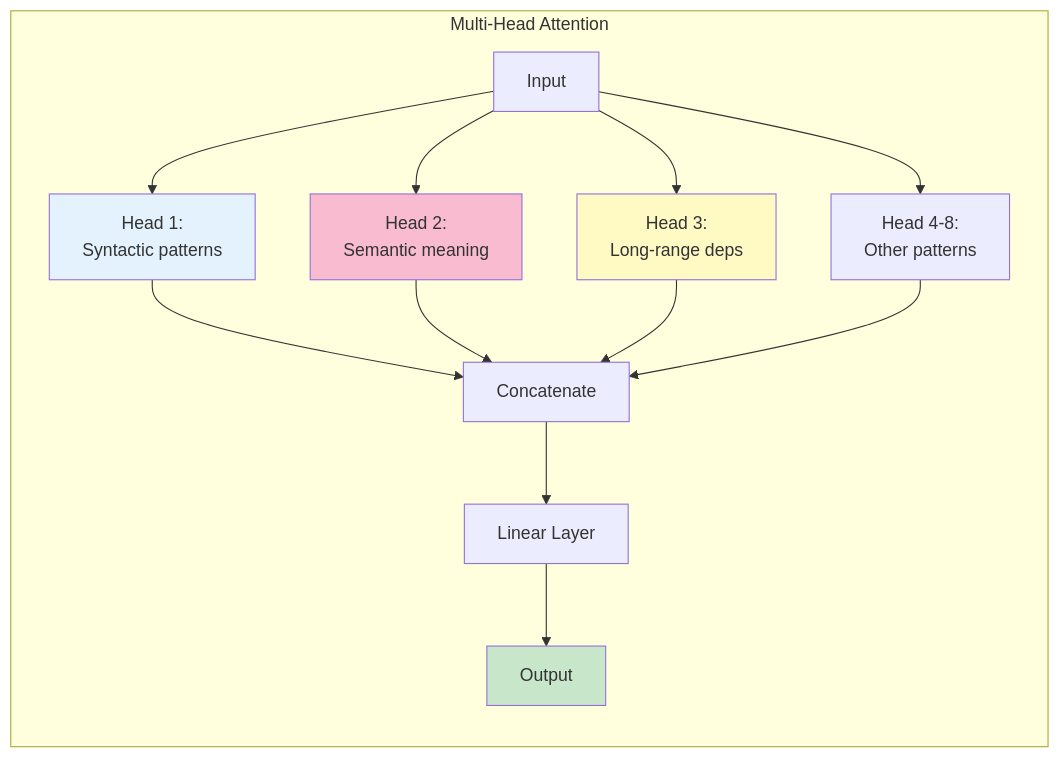
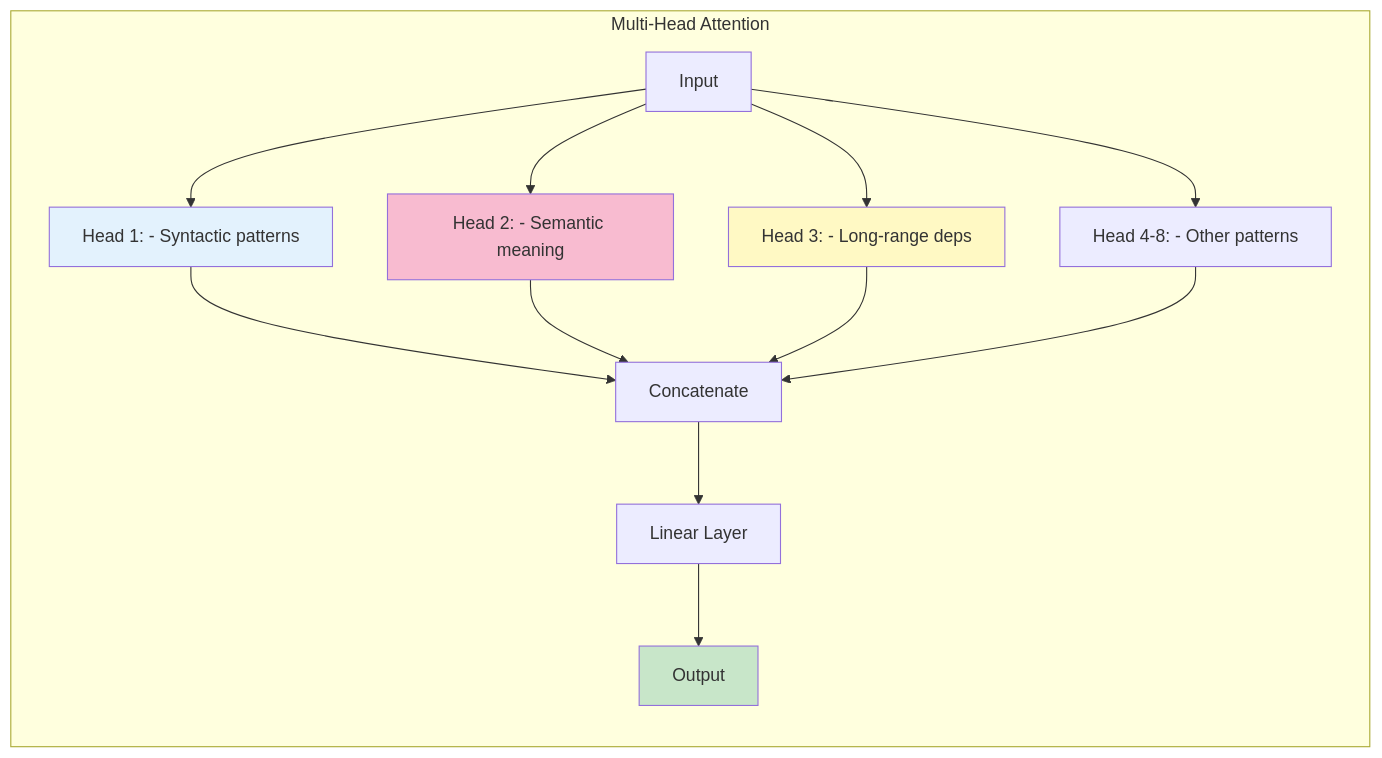
The fifth of 9 diagrams in docs/learning/01-llm-fundamentals.md (indhra/llm_rag_sec_findings), drawn with Mermaid before and after one commit. The commit also changed other lines of this file and 9 other files, not shown here.

````diff
--- a/docs/learning/01-llm-fundamentals.md
+++ b/docs/learning/01-llm-fundamentals.md
@@ -170,22 +170,22 @@
 ```mermaid
 graph LR
     subgraph "Multi-Head Attention"
-        I[Input] --> H1[Head 1:<br/>Syntactic patterns]
-        I --> H2[Head 2:<br/>Semantic meaning]
-        I --> H3[Head 3:<br/>Long-range deps]
-        I --> H4[Head 4-8:<br/>Other patterns]
+        I[Input] --> H1[Head 1: - Syntactic patterns]
+        I --> H2[Head 2: - Semantic meaning]
+        I --> H3[Head 3: - Long-range deps]
+        I --> H4[Head 4-8: - Other patterns]
         
         H1 --> C[Concatenate]
         H2 --> C
         H3 --> C
         H4 --> C
         
         C --> L[Linear Layer]
         L --> O[Output]
     end
     
     style H1 fill:#e3f2fd
     style H2 fill:#f8bbd0
     style H3 fill:#fff9c4
     style O fill:#c8e6c9
 ```
````
